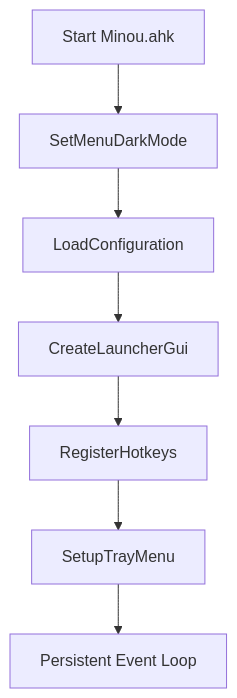
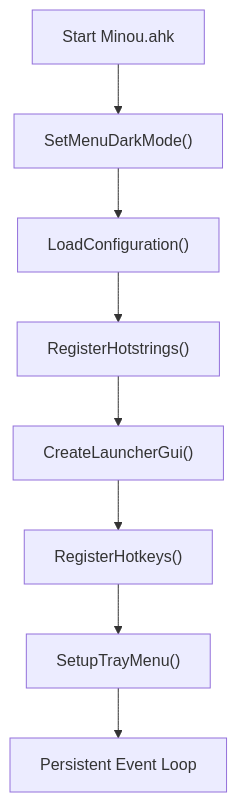
One commit to JDecelles1990/Minou changed the diagram in Docs/01-Architecture.md. Above: the diagram before and after it, drawn with Mermaid. The commit also changed other lines of this file and 18 other files, not shown here.

````diff
--- a/Docs/01-Architecture.md
+++ b/Docs/01-Architecture.md
@@ -79,9 +101,10 @@
 ```mermaid
 graph TD
-    A[Start Minou.ahk] --> B[SetMenuDarkMode]
-    B --> C[LoadConfiguration]
-    C --> D[CreateLauncherGui]
-    D --> E[RegisterHotkeys]
-    E --> F[SetupTrayMenu]
-    F --> G[Persistent Event Loop]
+    A["Start Minou.ahk"] --> B["SetMenuDarkMode()"]
+    B --> C["LoadConfiguration()"]
+    C --> C1["RegisterHotstrings()"]
+    C1 --> D["CreateLauncherGui()"]
+    D --> E["RegisterHotkeys()"]
+    E --> F["SetupTrayMenu()"]
+    F --> G["Persistent Event Loop"]
 ```
````
